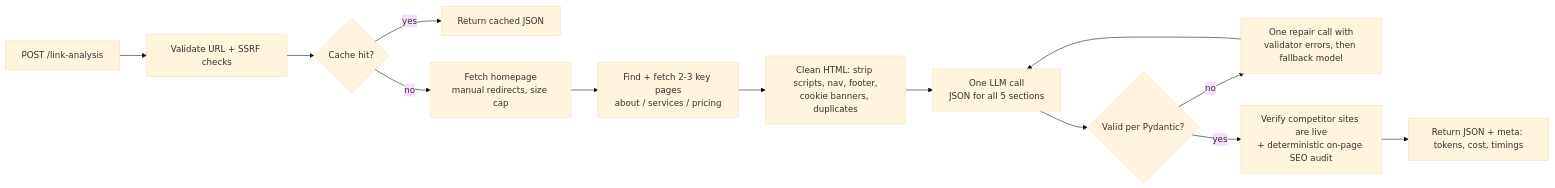
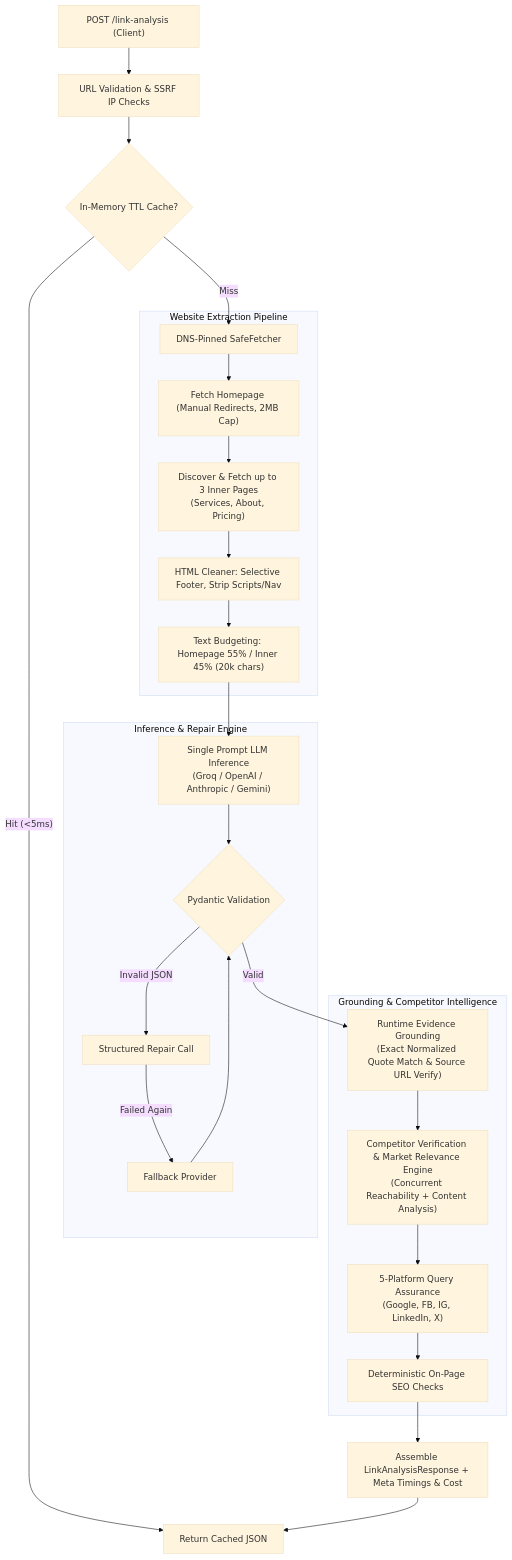
One commit to dhruv0719/AI-Link-Analysis changed the diagram in README.md. Above: the diagram before and after it, drawn with Mermaid (base theme). The commit also changed other lines of this file and 3 other files, not shown here.

Commit message:
docs: add comprehensive 8-category benchmarks, model comparison, security audit, and updated README

````diff
--- a/README.md
+++ b/README.md
@@ -18,15 +72,32 @@
 ```mermaid
-flowchart LR
-    A[POST /link-analysis] --> B[Validate URL + SSRF checks]
-    B --> C{Cache hit?}
-    C -- yes --> Z[Return cached JSON]
-    C -- no --> D[Fetch homepage<br/>manual redirects, size cap]
-    D --> E[Find + fetch 2-3 key pages<br/>about / services / pricing]
-    E --> F[Clean HTML: strip scripts, nav, footer,<br/>cookie banners, duplicates]
-    F --> G[One LLM call<br/>JSON for all 5 sections]
-    G --> H{Valid per Pydantic?}
-    H -- no --> I[One repair call with<br/>validator errors, then fallback model]
-    I --> G
-    H -- yes --> J[Verify competitor sites are live<br/>+ deterministic on-page SEO audit]
-    J --> K[Return JSON + meta: tokens, cost, timings]
+flowchart TD
+    A["POST /link-analysis (Client)"] --> B["URL Validation & SSRF IP Checks"]
+    B --> C{"In-Memory TTL Cache?"}
+    C -- "Hit (<5ms)" --> Z["Return Cached JSON"]
+    C -- "Miss" --> D["DNS-Pinned SafeFetcher"]
+    
+    subgraph Extraction ["Website Extraction Pipeline"]
+        D --> E["Fetch Homepage (Manual Redirects, 2MB Cap)"]
+        E --> F["Discover & Fetch up to 3 Inner Pages<br/>(Services, About, Pricing)"]
+        F --> G["HTML Cleaner: Selective Footer, Strip Scripts/Nav"]
+        G --> H["Text Budgeting: Homepage 55% / Inner 45% (20k chars)"]
+    end
+
+    subgraph LLM ["Inference & Repair Engine"]
+        H --> I["Single Prompt LLM Inference<br/>(Groq / OpenAI / Anthropic / Gemini)"]
+        I --> J{"Pydantic Validation"}
+        J -- "Invalid JSON" --> K["Structured Repair Call"]
+        K -- "Failed Again" --> L["Fallback Provider"]
+        L --> J
+    end
+
+    subgraph Grounding ["Grounding & Competitor Intelligence"]
+        J -- "Valid" --> M["Runtime Evidence Grounding<br/>(Exact Normalized Quote Match & Source URL Verify)"]
+        M --> N["Competitor Verification & Market Relevance Engine<br/>(Concurrent Reachability + Content Analysis)"]
+        N --> O["5-Platform Query Assurance<br/>(Google, FB, IG, LinkedIn, X)"]
+        O --> P["Deterministic On-Page SEO Checks"]
+    end
+
+    P --> Q["Assemble LinkAnalysisResponse + Meta Timings & Cost"]
+    Q --> Z
 ```
````
